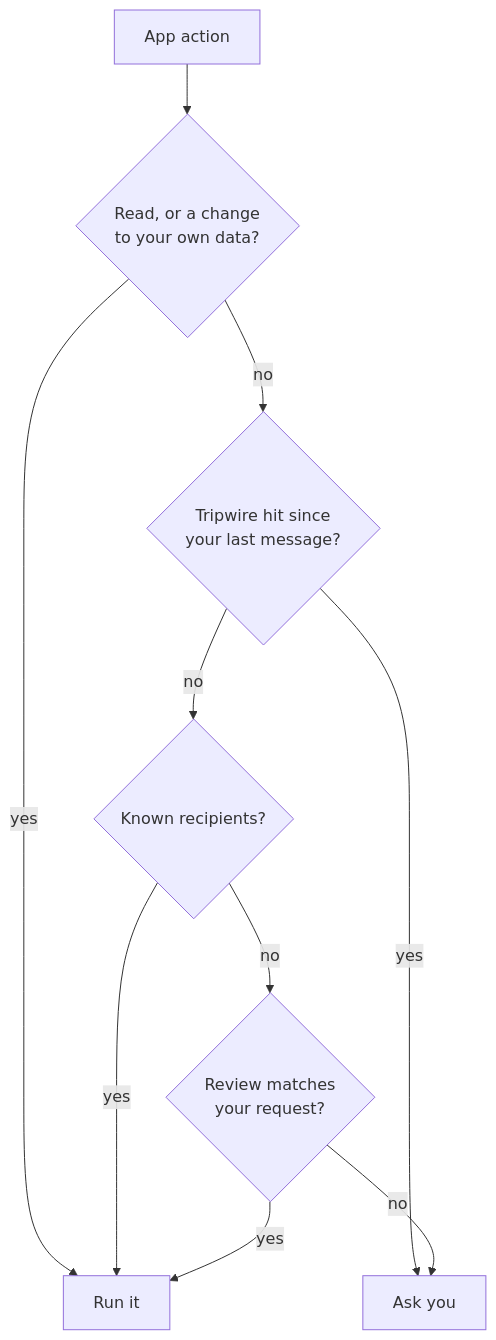
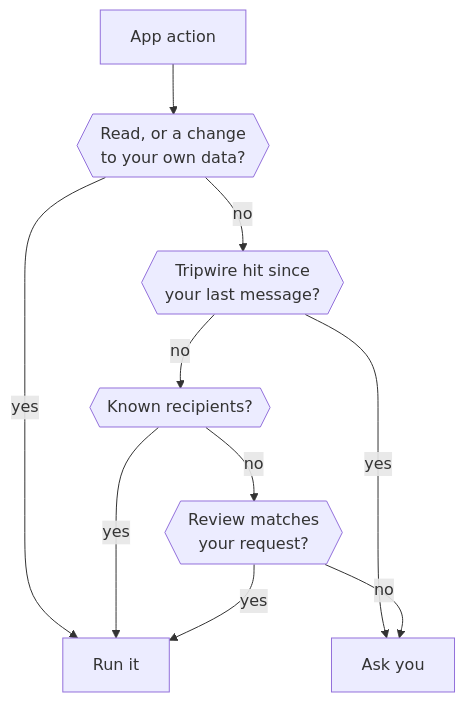
The first of 2 diagrams in docs/src/content/docs/trust/approvals.mdx (n8n-io/nod), drawn with Mermaid before and after one commit. The commit also changed 54 other files, not shown here.

````diff
--- a/docs/src/content/docs/trust/approvals.mdx
+++ b/docs/src/content/docs/trust/approvals.mdx
@@ -33,12 +33,12 @@
 ```mermaid
 flowchart TD
-  action[App action] --> kind{Read, or a change<br/>to your own data?}
+  action[App action] --> kind{{Read, or a change<br/>to your own data?}}
   kind -- yes --> run[Run it]:::go
-  kind -- no --> flag{Tripwire hit since<br/>your last message?}
+  kind -- no --> flag{{Tripwire hit since<br/>your last message?}}
   flag -- yes --> ask[Ask you]:::accent
-  flag -- no --> known{Known recipients?}
+  flag -- no --> known{{Known recipients?}}
   known -- yes --> run
-  known -- no --> review{Review matches<br/>your request?}
+  known -- no --> review{{Review matches<br/>your request?}}
   review -- yes --> run
   review -- no --> ask
 ```
````
